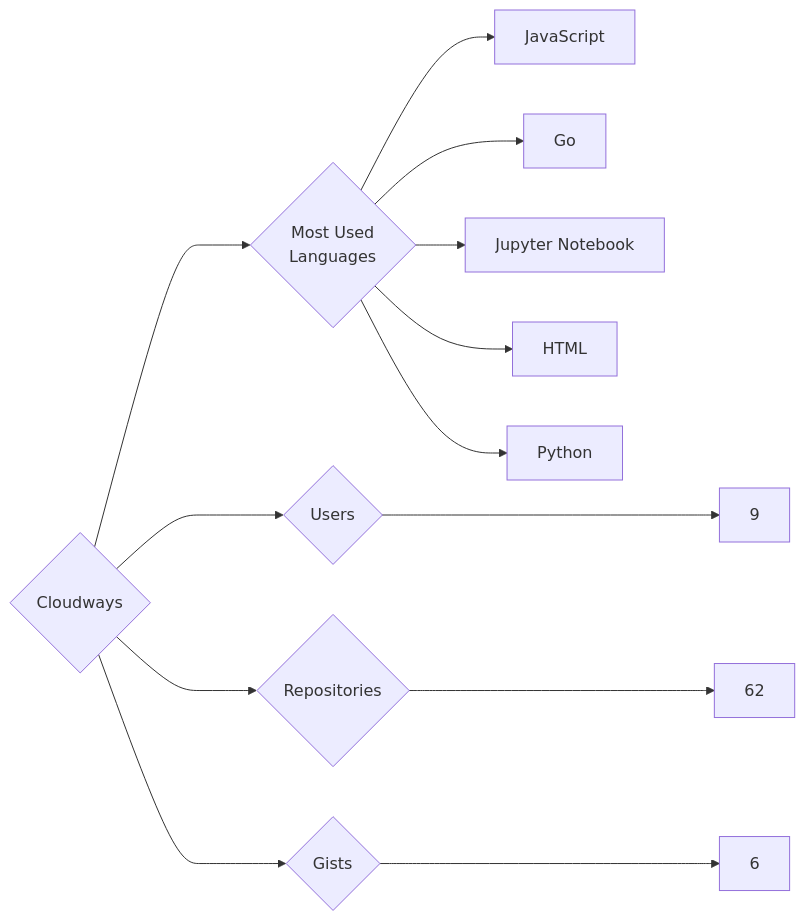
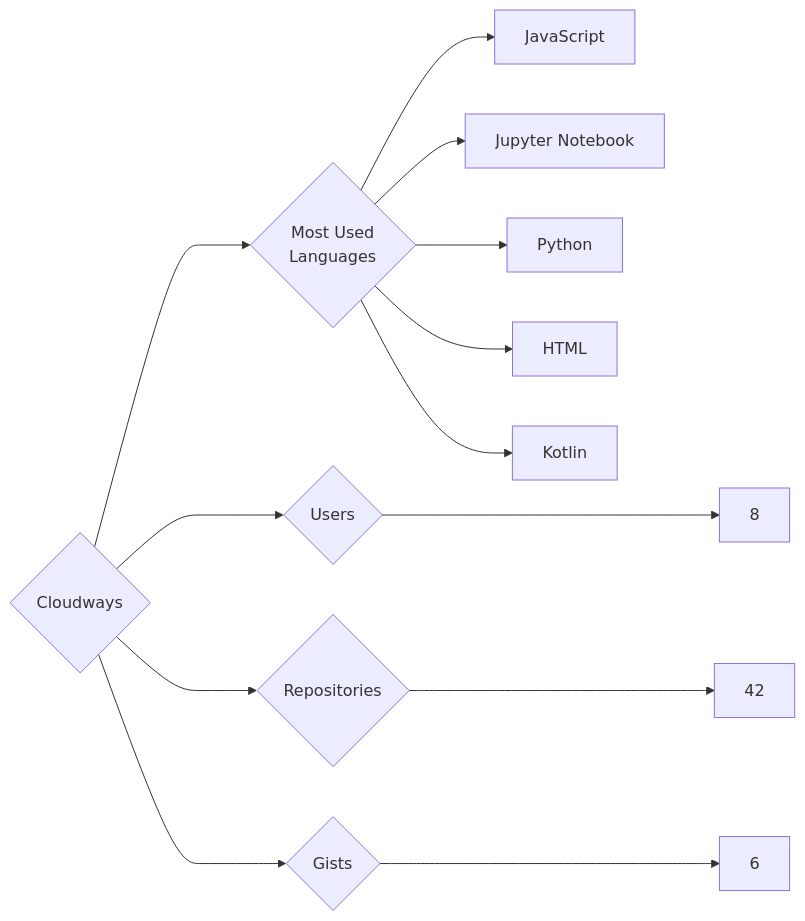
The diagram in targets/Cloudways/README.md (trickest/insiders), drawn with Mermaid before and after one commit. The commit also changed 1003 other files, not shown here.

````diff
--- a/targets/Cloudways/README.md
+++ b/targets/Cloudways/README.md
@@ -3,13 +3,13 @@
 ```mermaid
 graph LR
 COMPANY_NAME{Cloudways}
-COMPANY_NAME ---> U{Users} ---> UN[9]
-COMPANY_NAME ---> R{Repositories} ---> RN[62]
+COMPANY_NAME ---> U{Users} ---> UN[8]
+COMPANY_NAME ---> R{Repositories} ---> RN[42]
 COMPANY_NAME ---> G{Gists} ---> GN[6]
 COMPANY_NAME ---> ML{Most Used<br>Languages}
 ML --> JavaScript[JavaScript]
-ML --> Go[Go]
 ML --> Jupyter_Notebook[Jupyter Notebook]
+ML --> Python[Python]
 ML --> HTML[HTML]
-ML --> Python[Python]
+ML --> Kotlin[Kotlin]
 ```
````
